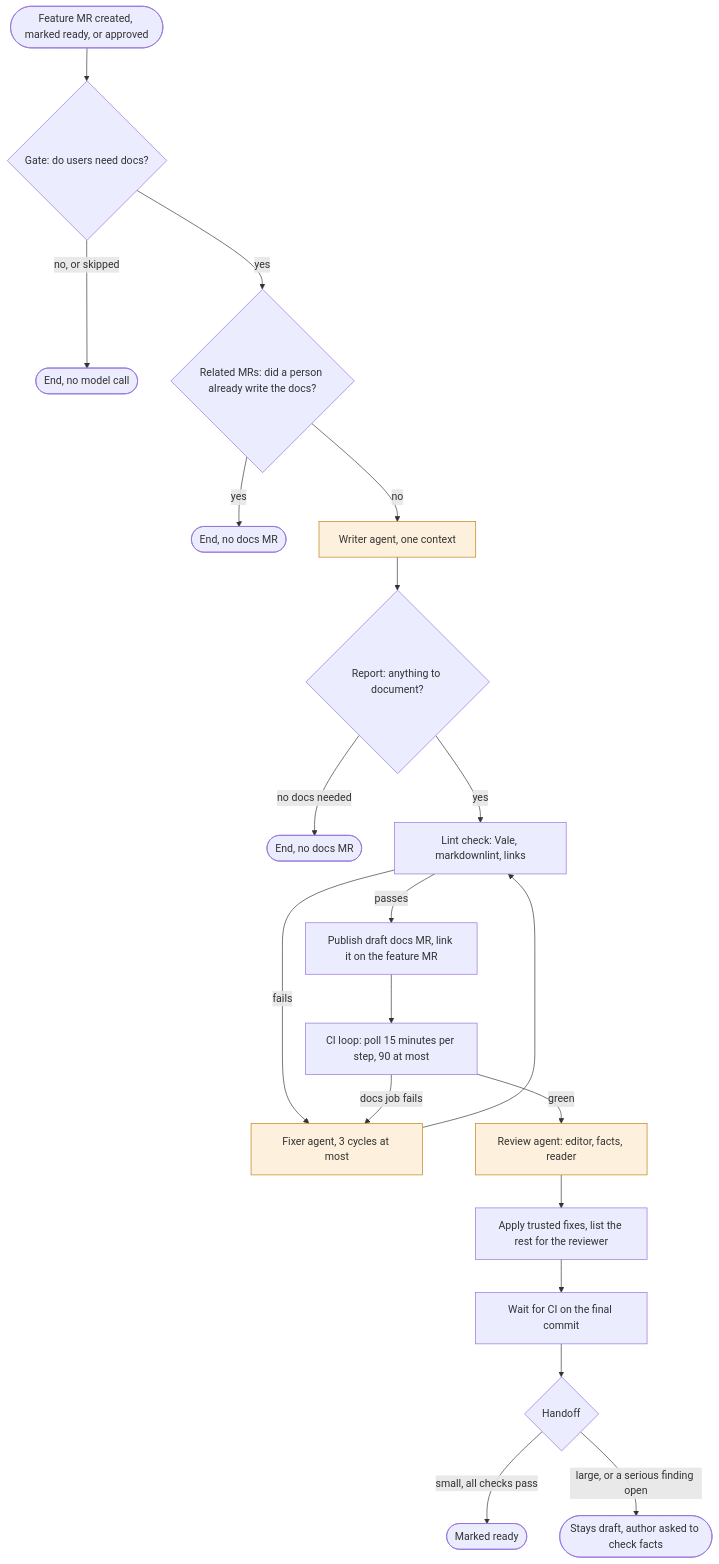
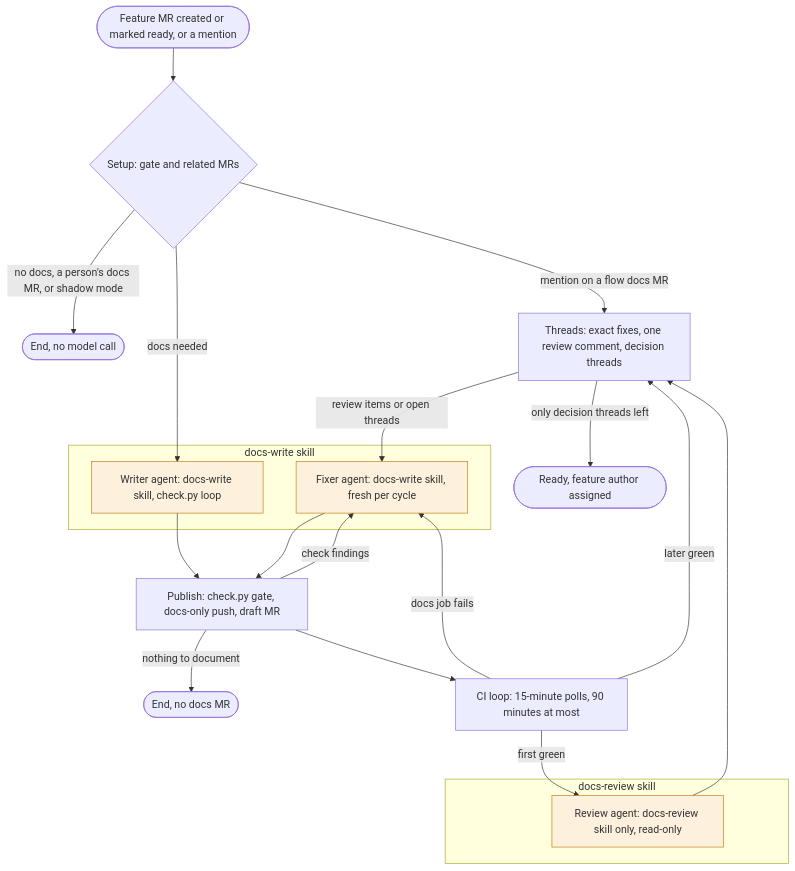
One commit to gitlabhq/orbit-knowledge-graph changed the diagram in docs/pages/engineering/development/docs-write-flow.md. Above: the diagram before and after it, drawn with Mermaid. The commit also changed other lines of this file, not shown here.

Commit message:
docs(engineering): describe docs-write flow design v2

````diff
--- a/docs/pages/engineering/development/docs-write-flow.md
+++ b/docs/pages/engineering/development/docs-write-flow.md
@@ -16,28 +17,32 @@
 ```mermaid
 flowchart TD
-    accTitle: The docs-write flow
-    accDescr: A feature MR event starts the flow. A script gate decides whether docs are needed. A related-MR check stands down when a person already wrote the docs. One writer agent writes the change. Script steps lint it, publish a draft docs MR, and wait for CI, with a fixer for failures. A review agent applies trusted fixes and lists the rest. Small changes are marked ready when every check passes. Large changes stay in draft with a fact-check request to the feature MR author.
+    accTitle: The docs-write flow, design v2
+    accDescr: A feature MR event or a mention starts the flow. A script gate and a related-MR check decide whether to write. A writer agent with the docs-write skill writes the change with a check loop. A publish script checks it again, pushes, and opens a draft docs MR. A CI loop sends docs failures to a fixer. On the first green pipeline, a review agent with only the docs-review skill reviews the change. A script posts the review as one numbered comment and one thread per decision. A fixer fixes the numbered items and open threads. When CI is green and only decision threads are open, the flow marks the MR ready and assigns the feature MR author.
 
-    A([Feature MR created, marked ready, or approved]) --> G{Gate: do users need docs?}
-    G -->|no, or skipped| E1([End, no model call])
-    G -->|yes| R{Related MRs: did a person already write the docs?}
-    R -->|yes| E2([End, no docs MR])
-    R -->|no| W[Writer agent, one context]
-    W --> P{Report: anything to document?}
-    P -->|no docs needed| E3([End, no docs MR])
-    P -->|yes| L[Lint check: Vale, markdownlint, links]
-    L -->|fails| F[Fixer agent, 3 cycles at most]
-    F --> L
-    L -->|passes| O[Publish draft docs MR, link it on the feature MR]
-    O --> C[CI loop: poll 15 minutes per step, 90 at most]
+    A([Feature MR created or marked ready, or a mention]) --> G{Setup: gate and related MRs}
+    G -->|no docs, a person's docs MR, or shadow mode| E1([End, no model call])
+    G -->|mention on a flow docs MR| T
+    G -->|docs needed| W[Writer agent: docs-write skill, check.py loop]
+    W --> P[Publish: check.py gate, docs-only push, draft MR]
+    P -->|nothing to document| E2([End, no docs MR])
+    P -->|check findings| F[Fixer agent: docs-write skill, fresh per cycle]
+    F --> P
+    P --> C[CI loop: 15-minute polls, 90 minutes at most]
     C -->|docs job fails| F
-    C -->|green| V[Review agent: editor, facts, reader]
-    V --> A2[Apply trusted fixes, list the rest for the reviewer]
-    A2 --> CF[Wait for CI on the final commit]
-    CF --> H{Handoff}
-    H -->|small, all checks pass| RD([Marked ready])
-    H -->|large, or a serious finding open| DR([Stays draft, author asked to check facts])
+    C -->|first green| R[Review agent: docs-review skill only, read-only]
+    R --> T[Threads: exact fixes, one review comment, decision threads]
+    C -->|later green| T
+    T -->|review items or open threads| F
+    T -->|only decision threads left| H([Ready, feature author assigned])
+
+    subgraph dw [docs-write skill]
+      W
+      F
+    end
+    subgraph dr [docs-review skill]
+      R
+    end
 
     classDef agent fill:#fdf1dd,stroke:#c17d10
-    class W,F,V agent
+    class W,F,R agent
 ```
````
